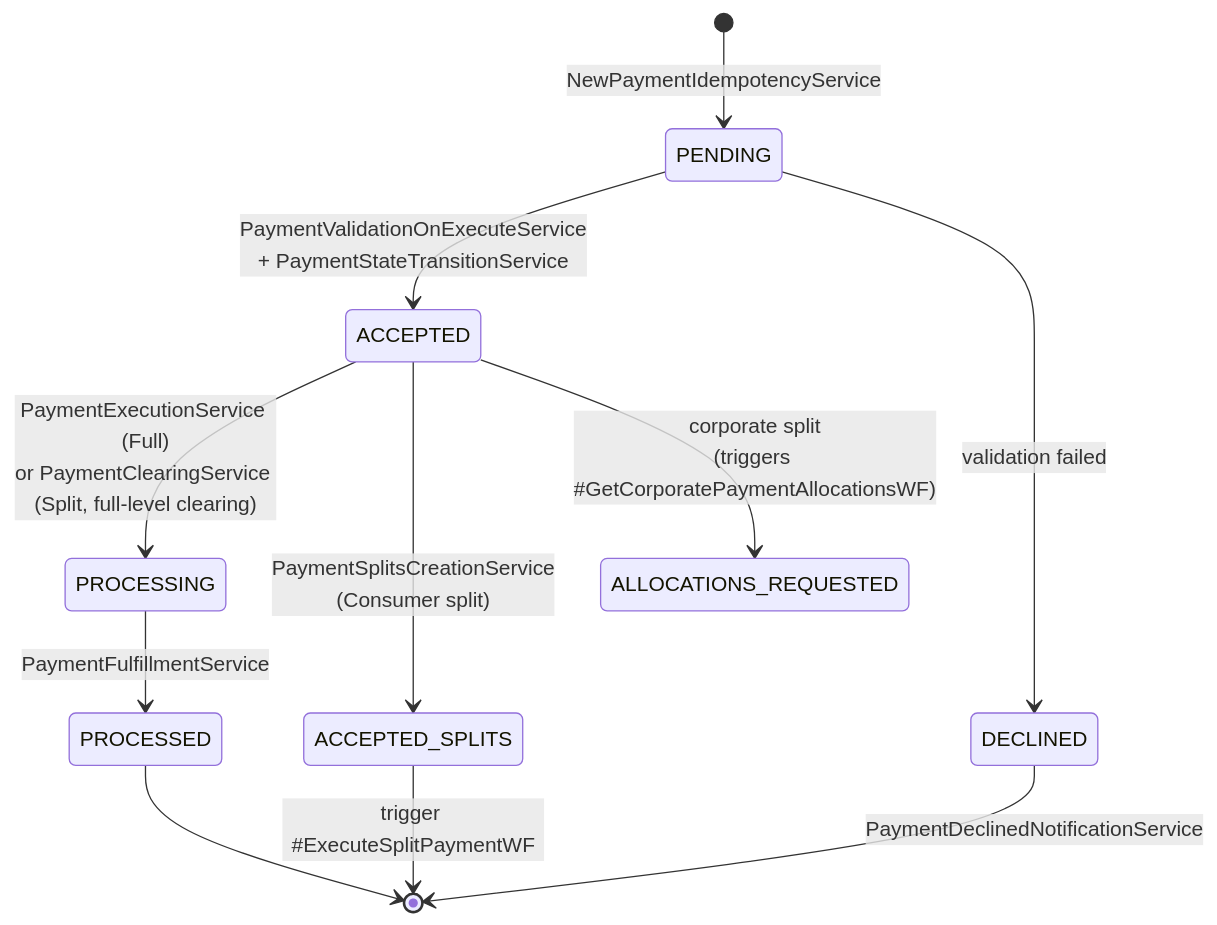
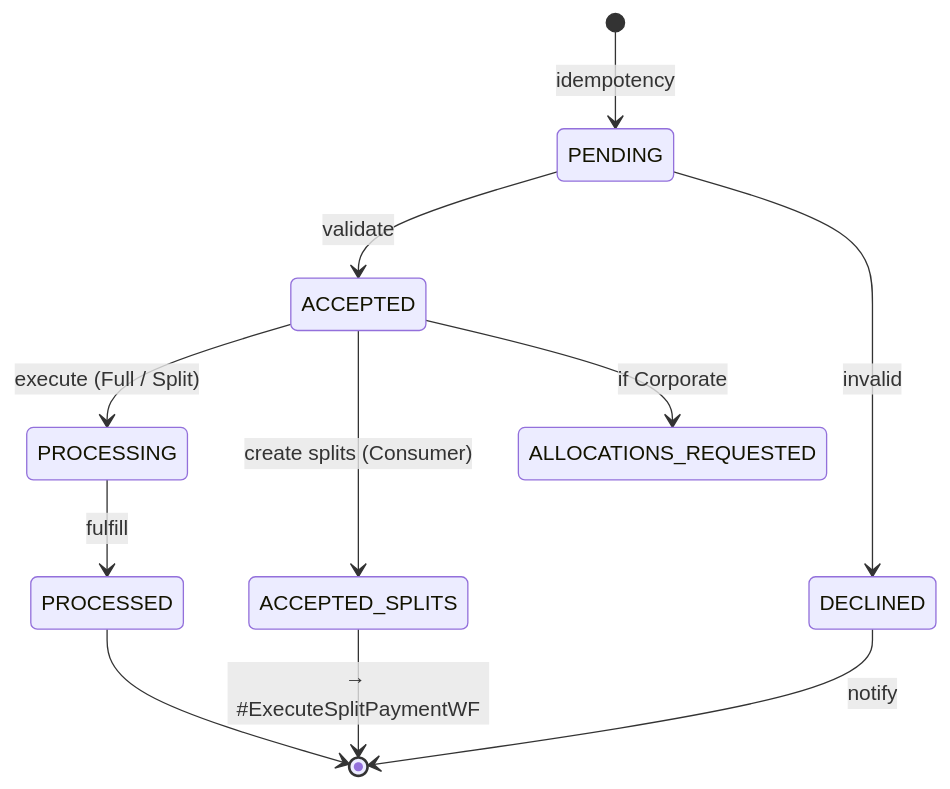
One commit to arunav-bhattacharya/billpay-docs changed the first of 11 diagrams in docs/diagrams/state-diagrams.md. Above: the diagram before and after it, drawn with Mermaid. The commit also changed other lines of this file and 4 other files, not shown here.

Commit message:
Enhance Mermaid diagram styling and configuration for JetBrains Mono font

````diff
--- a/docs/diagrams/state-diagrams.md
+++ b/docs/diagrams/state-diagrams.md
@@ -17,16 +17,16 @@
 ```mermaid
 stateDiagram-v2
-  [*] --> PENDING: NewPaymentIdempotencyService
-  PENDING --> ACCEPTED: PaymentValidationOnExecuteService<br/>+ PaymentStateTransitionService
-  PENDING --> DECLINED: validation failed
+  [*] --> PENDING: idempotency
+  PENDING --> ACCEPTED: validate
+  PENDING --> DECLINED: invalid
 
-  ACCEPTED --> PROCESSING: PaymentExecutionService (Full)<br/>or PaymentClearingService (Split, full-level clearing)
-  PROCESSING --> PROCESSED: PaymentFulfillmentService
+  ACCEPTED --> PROCESSING: execute (Full / Split)
+  PROCESSING --> PROCESSED: fulfill
 
-  ACCEPTED --> ACCEPTED_SPLITS: PaymentSplitsCreationService<br/>(Consumer split)
-  ACCEPTED_SPLITS --> [*]: trigger #ExecuteSplitPaymentWF
-  ACCEPTED --> ALLOCATIONS_REQUESTED: corporate split<br/>(triggers #GetCorporatePaymentAllocationsWF)
+  ACCEPTED --> ACCEPTED_SPLITS: create splits (Consumer)
+  ACCEPTED_SPLITS --> [*]: → #ExecuteSplitPaymentWF
+  ACCEPTED --> ALLOCATIONS_REQUESTED: if Corporate
 
-  DECLINED --> [*]: PaymentDeclinedNotificationService
+  DECLINED --> [*]: notify
   PROCESSED --> [*]
 ```
````
